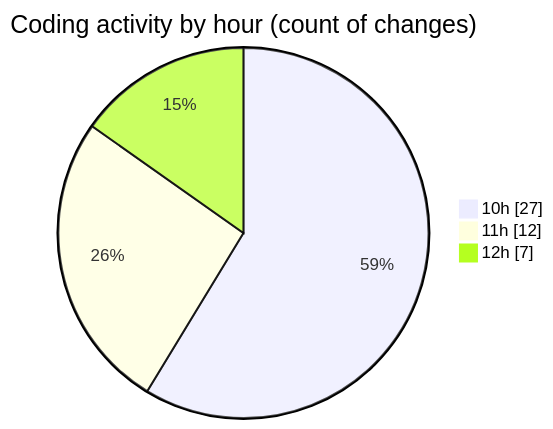
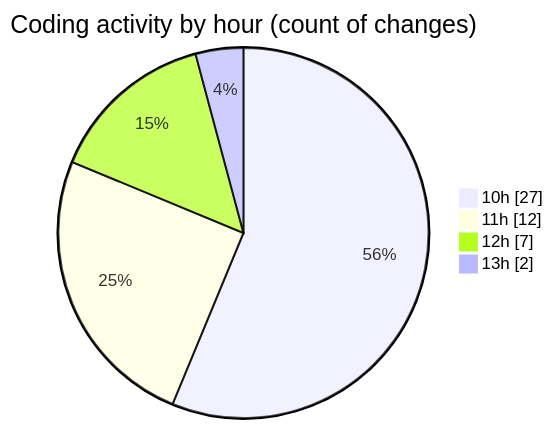
One commit to MatusMokan/code-tracking changed the second of 2 diagrams in 2025-03-01/myws__workspace_/README.md. Above: the diagram before and after it, drawn with Mermaid. The commit also changed other lines of this file and 1 other file, not shown here.

````diff
--- a/2025-03-01/myws__workspace_/README.md
+++ b/2025-03-01/myws__workspace_/README.md
@@ -32,7 +33,8 @@
 ```mermaid
 pie showData
 title Coding activity by hour (count of changes)
 "10h" : 27
 "11h" : 12
 "12h" : 7
+"13h" : 2
 ```
````
